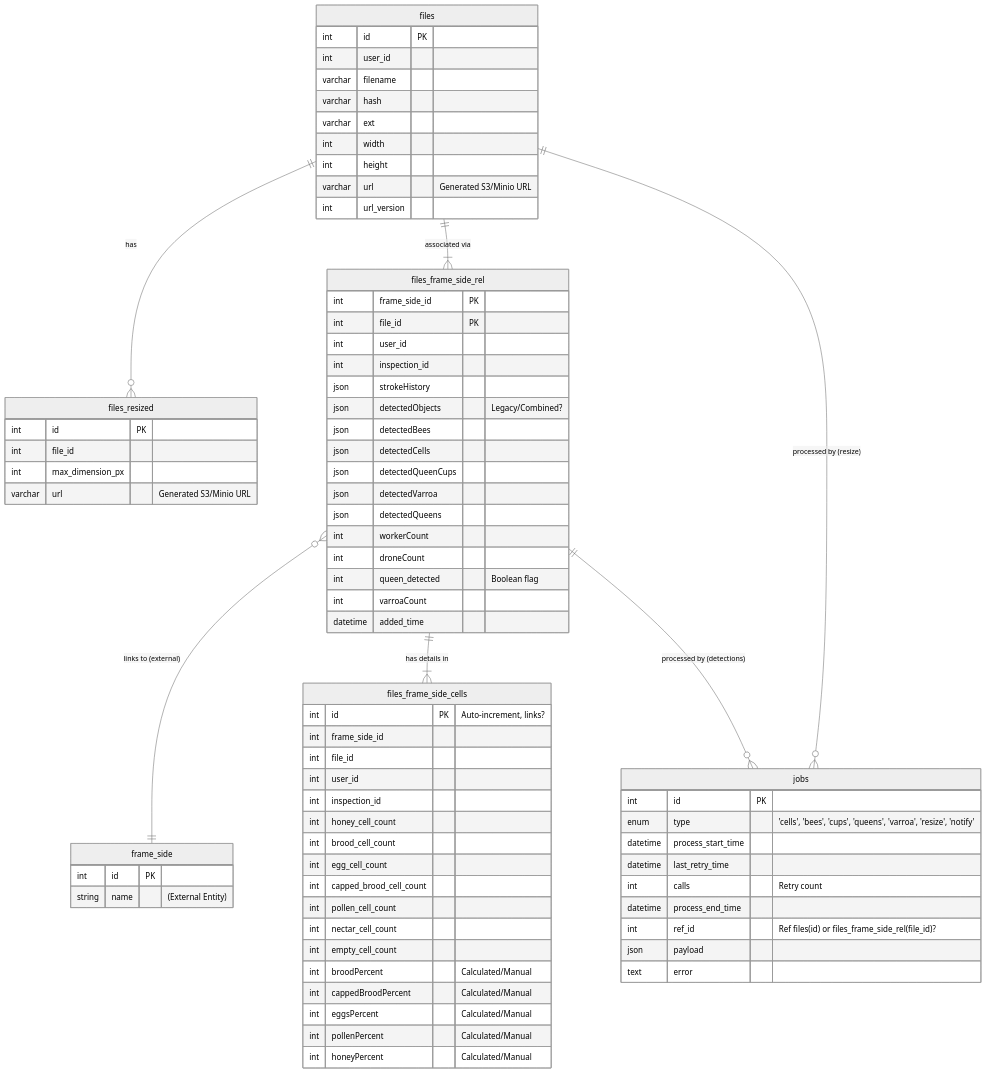
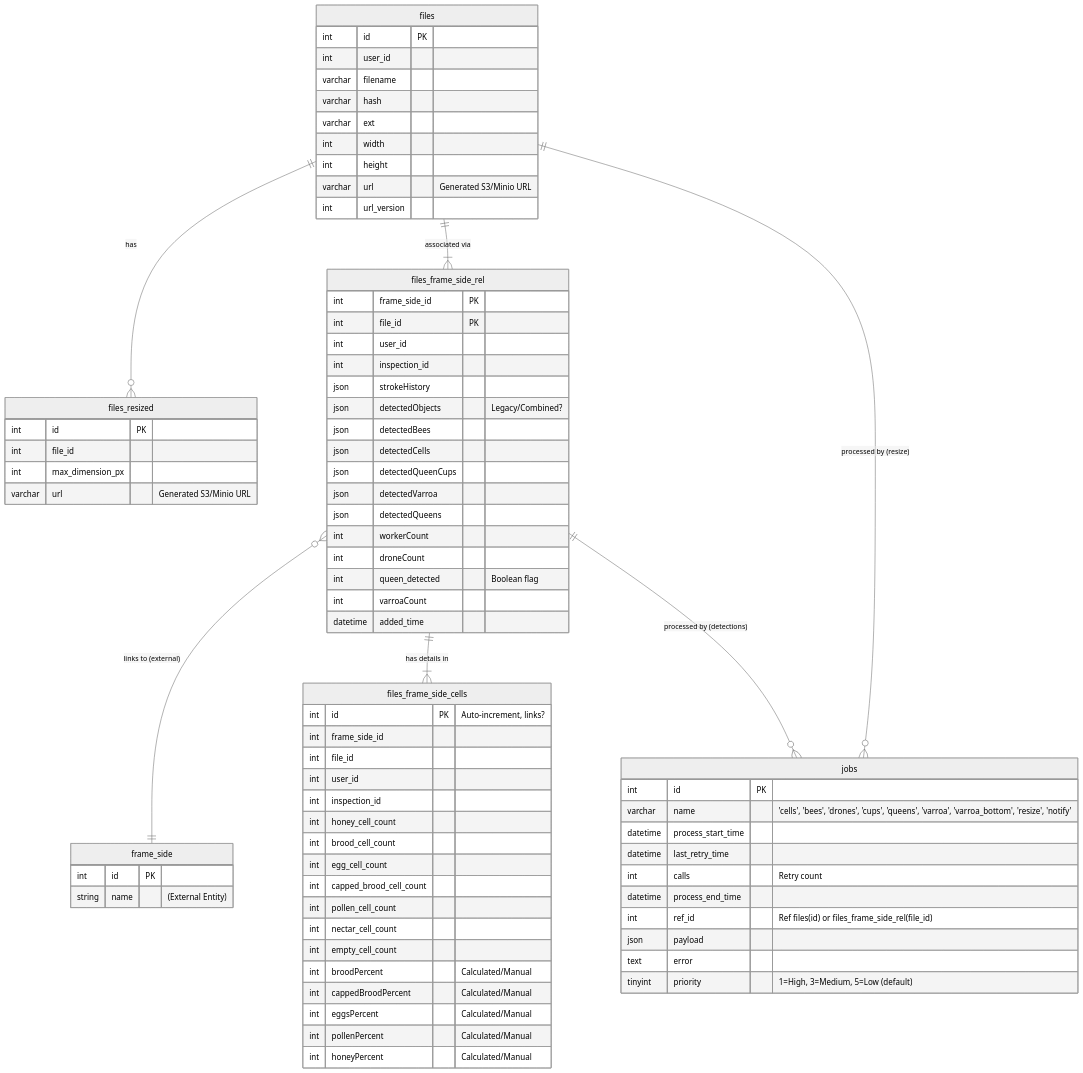
One commit to Gratheon/image-splitter changed the third of 5 diagrams in README.md. Above: the diagram before and after it, drawn with Mermaid (neutral theme). The commit also changed other lines of this file, not shown here.

```diff
--- a/README.md
+++ b/README.md
@@ -237,14 +238,15 @@
 
     jobs {
         int id PK
-        enum type "'cells', 'bees', 'cups', 'queens', 'varroa', 'resize', 'notify'"
+        varchar name "'cells', 'bees', 'drones', 'cups', 'queens', 'varroa', 'varroa_bottom', 'resize', 'notify'"
         datetime process_start_time
         datetime last_retry_time
         int calls "Retry count"
         datetime process_end_time
-        int ref_id "Ref files(id) or files_frame_side_rel(file_id)?"
+        int ref_id "Ref files(id) or files_frame_side_rel(file_id)"
         json payload
         text error
+        tinyint priority "1=High, 3=Medium, 5=Low (default)"
     }
 
     frame_side {
```
